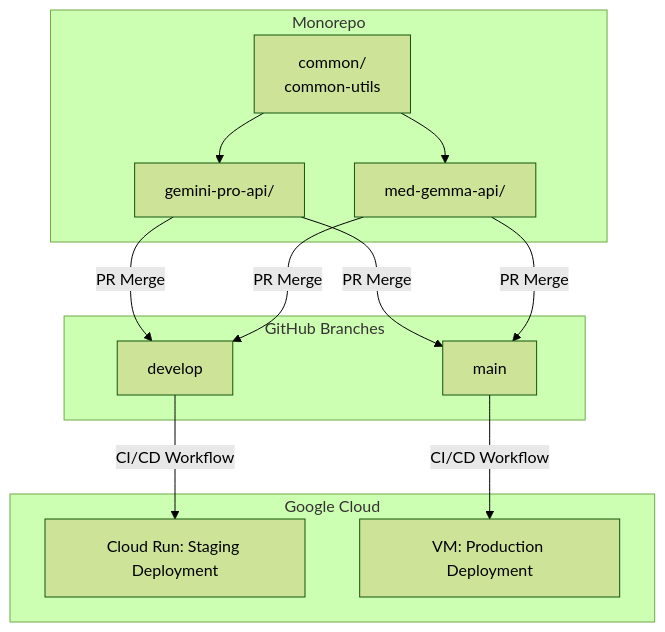
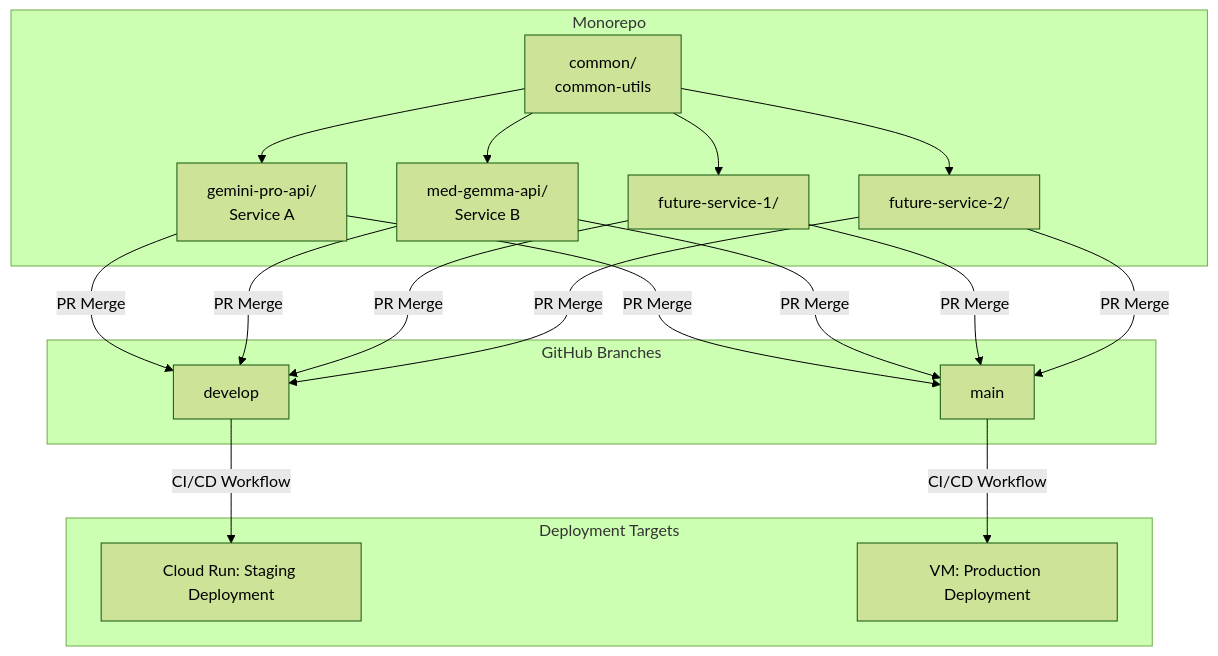
The diagram in README.md (HarpyTech/sudss-apis), drawn with Mermaid (forest theme) before and after one commit.

````diff
--- a/README.md
+++ b/README.md
@@ -100,29 +100,44 @@
 ```mermaid
 graph TD
+    %% Shared Common Code
     subgraph Monorepo
         A[common/ <br> common-utils]
-        B[gemini-pro-api/]
-        C[med-gemma-api/]
+        B[gemini-pro-api/ <br> Service A]
+        C[med-gemma-api/ <br> Service B]
+        D[future-service-1/]
+        E[future-service-2/]
     end
 
+    %% Dependencies
     A --> B
     A --> C
+    A --> D
+    A --> E
 
+    %% GitHub Branches
     subgraph GitHub["GitHub Branches"]
         F[develop]
         G[main]
     end
 
+    %% Current Service Workflow Paths
     B -->|PR Merge| F
     C -->|PR Merge| F
+    D -->|PR Merge| F
+    E -->|PR Merge| F
+
     F -->|CI/CD Workflow| H[Cloud Run: Staging Deployment]
 
     B -->|PR Merge| G
     C -->|PR Merge| G
+    D -->|PR Merge| G
+    E -->|PR Merge| G
+
     G -->|CI/CD Workflow| I[VM: Production Deployment]
 
-    subgraph Google Cloud
+    %% Deployment Targets
+    subgraph Deployment["Deployment Targets"]
         H
         I
     end
 ```
````
